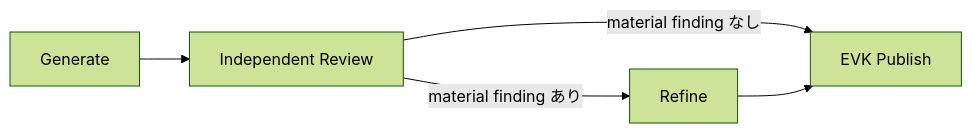
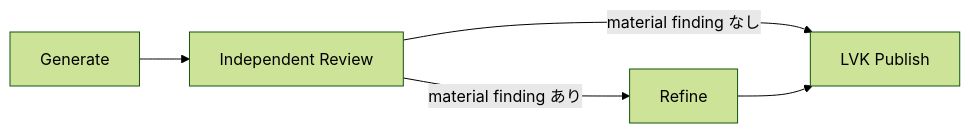
One commit to nagisasaka/easy-vibe-kanban changed the diagram in openwiki/operations/openwiki-maintenance.md. Above: the diagram before and after it, drawn with Mermaid (forest theme). The commit also changed other lines of this file and 125 other files, not shown here.

First line of the commit message:
Unify EVK-derived names under LVK without legacy aliases

````diff
--- a/openwiki/operations/openwiki-maintenance.md
+++ b/openwiki/operations/openwiki-maintenance.md
@@ -63,7 +63,7 @@
 ```mermaid
 flowchart LR
   G[Generate] --> R[Independent Review]
-  R -->|material finding なし| P[EVK Publish]
+  R -->|material finding なし| P[LVK Publish]
   R -->|material finding あり| F[Refine]
   F --> P
 ```
````
